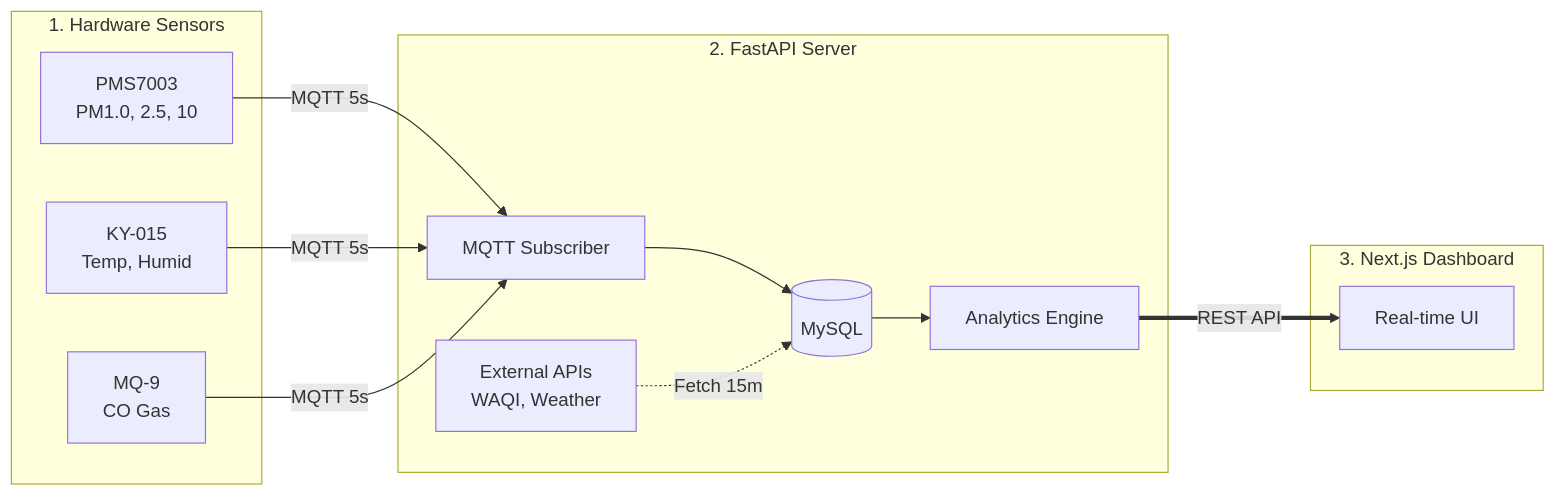
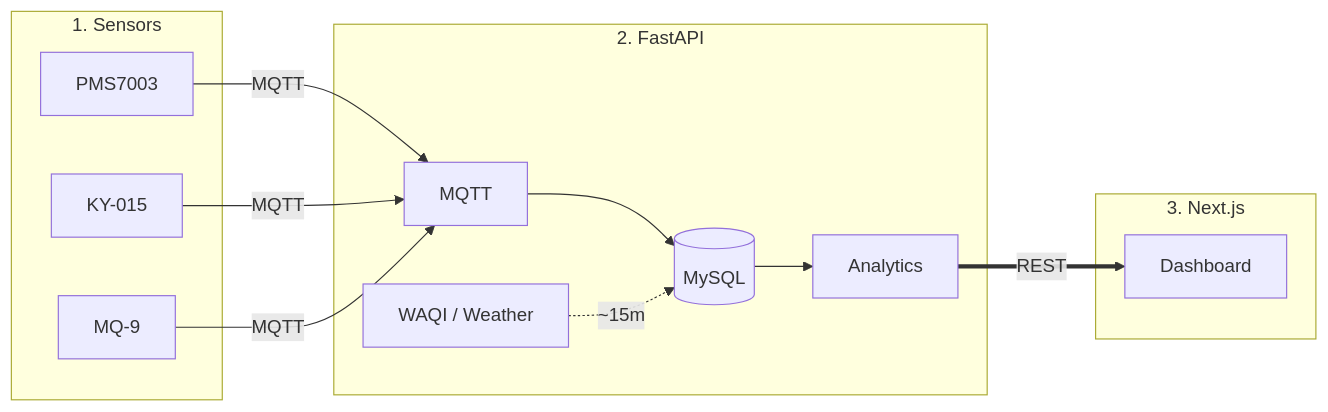
One commit to smart-air-quality/smart-air-quality-system changed the second of 2 diagrams in README.md. Above: the diagram before and after it, drawn with Mermaid. The commit also changed other lines of this file, not shown here.

````diff
--- a/README.md
+++ b/README.md
@@ -270,33 +173,24 @@
 ```mermaid
 graph LR
-    %% Hardware
-    subgraph IoT [1. Hardware Sensors]
-        S1[PMS7003<br/>PM1.0, 2.5, 10]
-        S2[KY-015<br/>Temp, Humid]
-        S3[MQ-9<br/>CO Gas]
+    subgraph IoT [1. Sensors]
+        S1[PMS7003]
+        S2[KY-015]
+        S3[MQ-9]
     end
-
-    %% Backend
-    subgraph Backend [2. FastAPI Server]
-        MQTT[MQTT Subscriber]
+    subgraph Backend [2. FastAPI]
+        MQTT[MQTT]
         DB[(MySQL)]
-        API[External APIs<br/>WAQI, Weather]
-        Calc[Analytics Engine]
+        API[WAQI / Weather]
+        Calc[Analytics]
     end
-
-    %% Frontend
-    subgraph Frontend [3. Next.js Dashboard]
-        UI[Real-time UI]
+    subgraph FE [3. Next.js]
+        UI[Dashboard]
     end
-
-    %% Connections
-    S1 -->|MQTT 5s| MQTT
-    S2 -->|MQTT 5s| MQTT
-    S3 -->|MQTT 5s| MQTT
-
+    S1 -->|MQTT| MQTT
+    S2 -->|MQTT| MQTT
+    S3 -->|MQTT| MQTT
     MQTT --> DB
-    API -.->|Fetch 15m| DB
+    API -.->|~15m| DB
     DB --> Calc
-
-    Calc == "REST API" ==> UI
+    Calc == REST ==> UI
 ```
````
